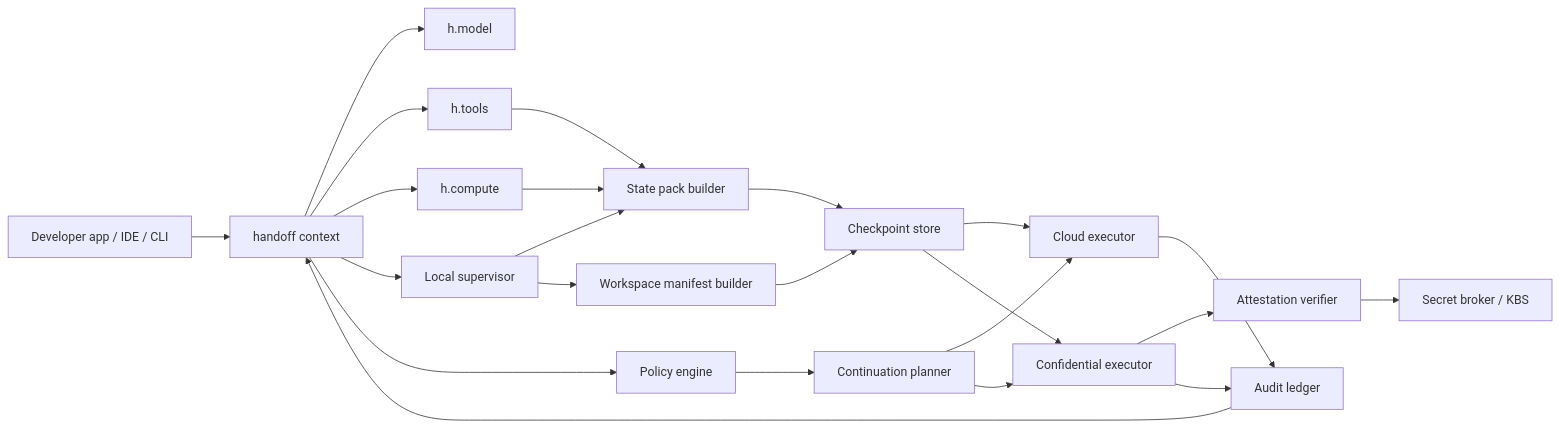
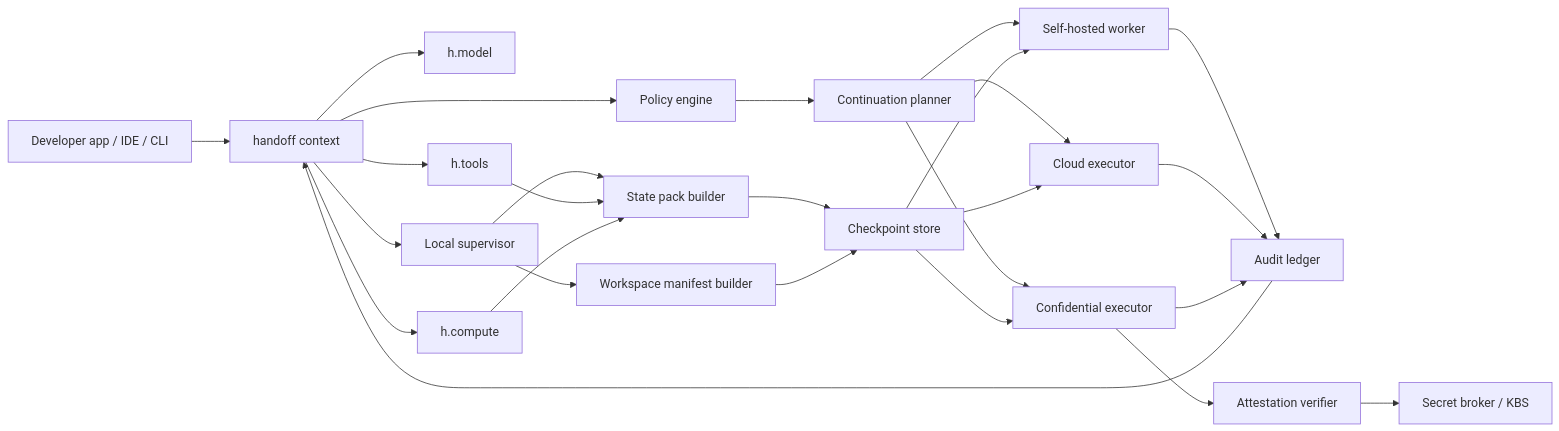
Before and after one commit to velum-labs/handoffkit: the first of 3 diagrams in spec/2026-06-11-local-first-handoff-platform-spec.md, drawn with Mermaid. The commit also changed other lines of this file, not shown here.

Commit message:
Add self-hosted runner runtime pattern

````diff
--- a/spec/2026-06-11-local-first-handoff-platform-spec.md
+++ b/spec/2026-06-11-local-first-handoff-platform-spec.md
@@ -656,25 +683,28 @@
 ```mermaid
 flowchart LR
   App["Developer app / IDE / CLI"] --> H["handoff context"]
   H --> Model["h.model"]
   H --> Tools["h.tools"]
   H --> Compute["h.compute"]
   H --> LocalSup["Local supervisor"]
   H --> Policy["Policy engine"]
   LocalSup --> State["State pack builder"]
   LocalSup --> WS["Workspace manifest builder"]
   Tools --> State
   Compute --> State
   State --> Store["Checkpoint store"]
   WS --> Store
   Policy --> Planner["Continuation planner"]
   Planner --> Cloud["Cloud executor"]
+  Planner --> Worker["Self-hosted worker"]
   Planner --> Conf["Confidential executor"]
+  Worker --> Audit
+  Store --> Worker
   Conf --> Attest["Attestation verifier"]
   Attest --> KBS["Secret broker / KBS"]
   Store --> Cloud
   Store --> Conf
   Cloud --> Audit["Audit ledger"]
   Conf --> Audit
   Audit --> H
 ```
````
